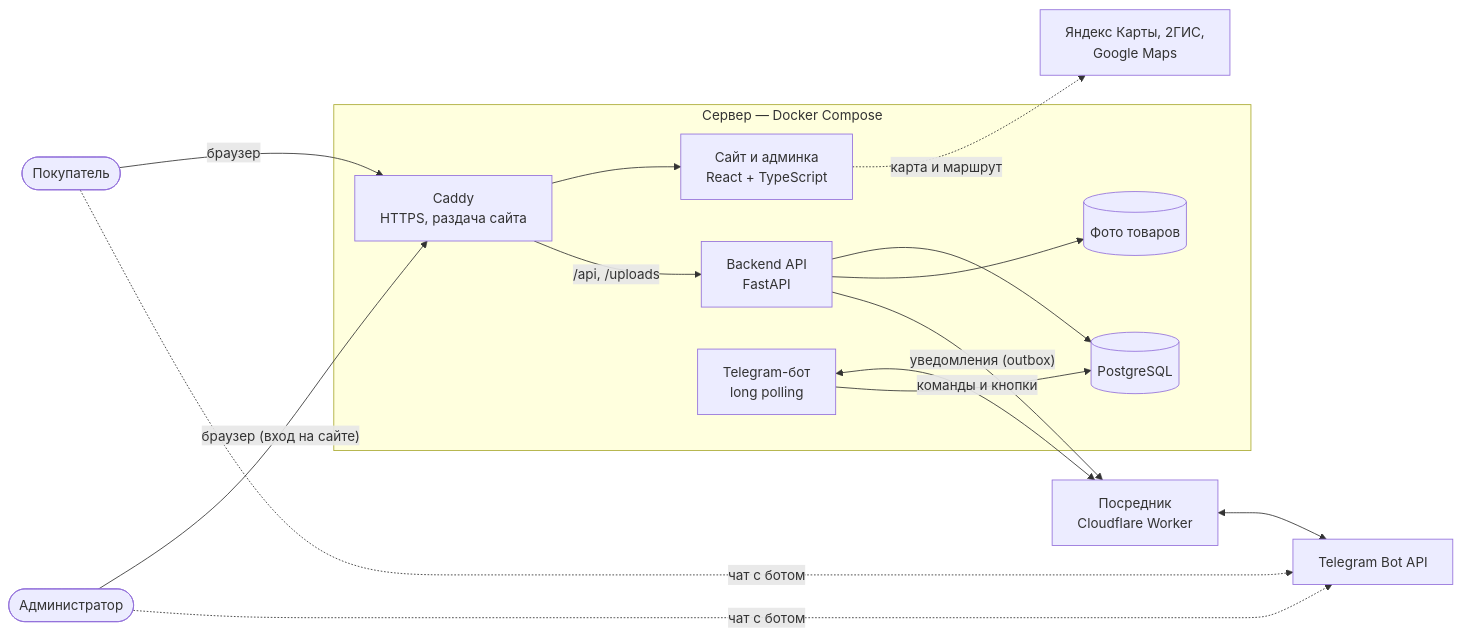
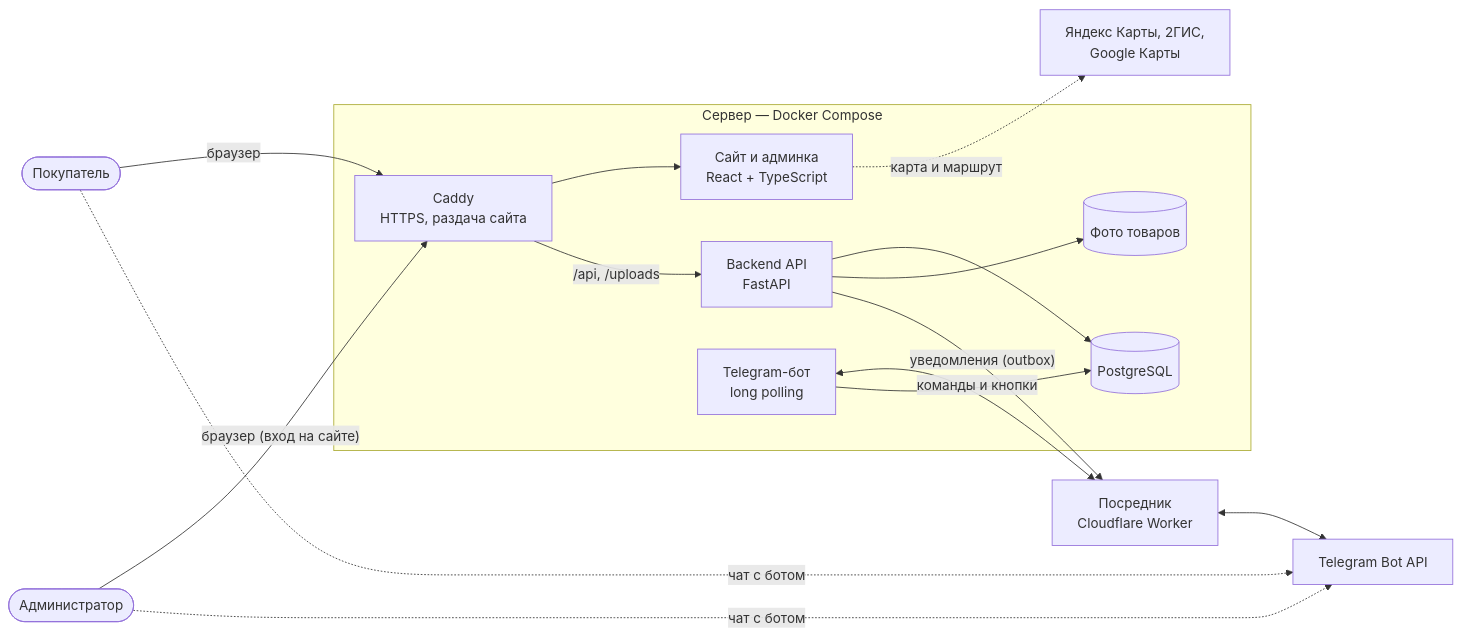
One commit to haz2007/-Builder-s-Friend- changed the first of 16 diagrams in docs/diagrams.md. Above: the diagram before and after it, drawn with Mermaid. The commit also changed other lines of this file and 12 other files, not shown here.

````diff
--- a/docs/diagrams.md
+++ b/docs/diagrams.md
@@ -28,32 +28,32 @@
 ```mermaid
 flowchart LR
     customer(["Покупатель"])
     admin(["Администратор"])
 
     subgraph server["Сервер — Docker Compose"]
         caddy["Caddy<br/>HTTPS, раздача сайта"]
         spa["Сайт и админка<br/>React + TypeScript"]
         api["Backend API<br/>FastAPI"]
         bot["Telegram-бот<br/>long polling"]
         db[("PostgreSQL")]
         uploads[("Фото товаров")]
     end
 
     relay["Посредник<br/>Cloudflare Worker"]
     telegram["Telegram Bot API"]
-    maps["Яндекс Карты, 2ГИС,<br/>Google Maps"]
+    maps["Яндекс Карты, 2ГИС,<br/>Google Карты"]
 
     customer -- "браузер" --> caddy
     admin -- "браузер (вход на сайте)" --> caddy
     caddy --> spa
     caddy -- "/api, /uploads" --> api
     api --> db
     api --> uploads
     api -- "уведомления (outbox)" --> relay
     bot <-- "команды и кнопки" --> relay
     relay <--> telegram
     bot --> db
     customer -. "чат с ботом" .-> telegram
     admin -. "чат с ботом" .-> telegram
     spa -. "карта и маршрут" .-> maps
 ```
````
